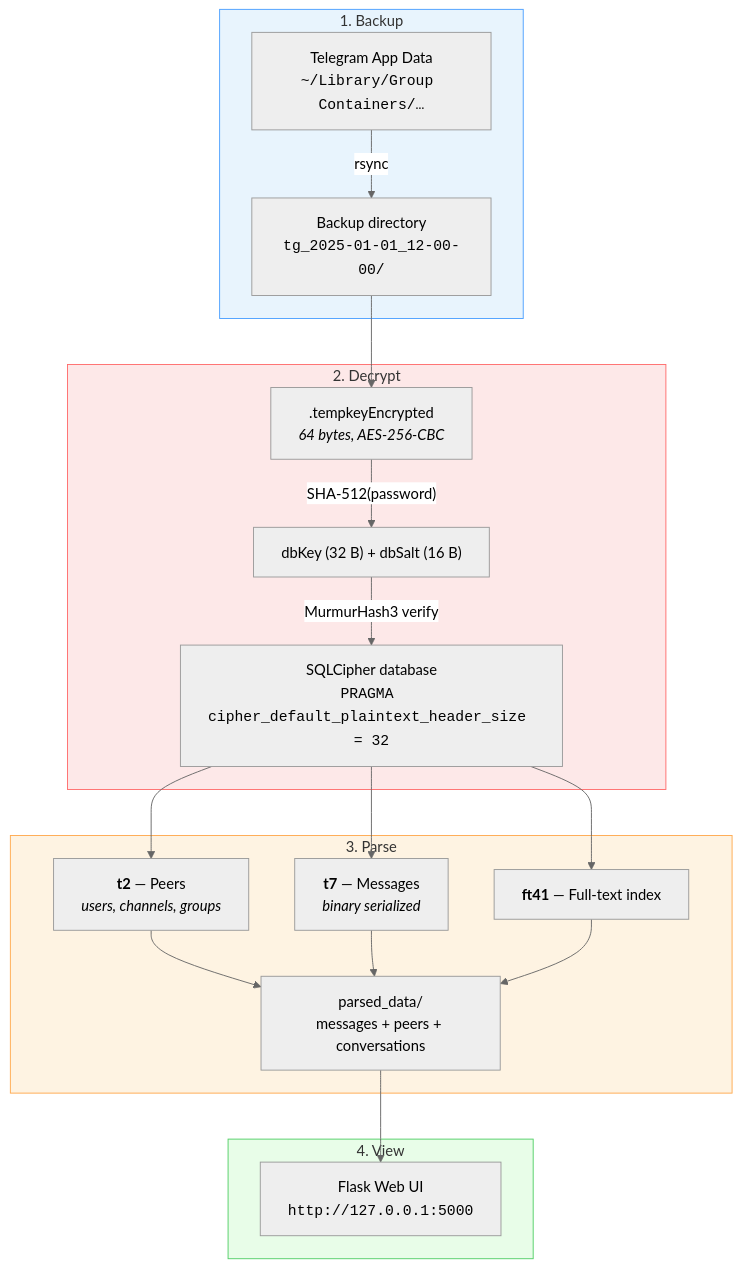
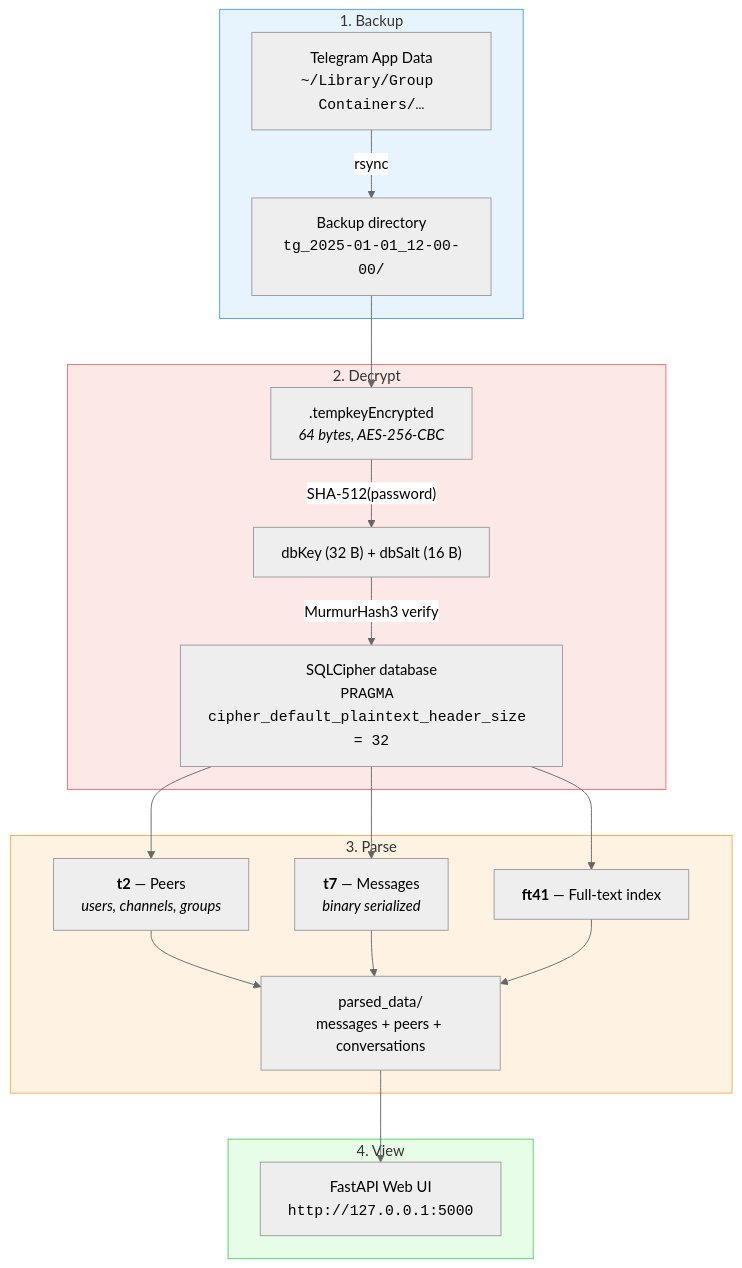
Before and after one commit to kolezka/telegram-data-viewer: the second of 4 diagrams in README.md, drawn with Mermaid (neutral theme). The commit also changed other lines of this file and 6 other files, not shown here.

Commit message:
refactor: remove Flask app and dependencies; FastAPI is the only backend

````diff
--- a/README.md
+++ b/README.md
@@ -215,29 +215,29 @@
 ```mermaid
 flowchart TD
     subgraph backup ["1. Backup"]
         TG["Telegram App Data<br/><code>~/Library/Group Containers/…</code>"]
         TG -->|rsync| BK["Backup directory<br/><code>tg_2025-01-01_12-00-00/</code>"]
     end
 
     subgraph decrypt ["2. Decrypt"]
         BK --> TK[".tempkeyEncrypted<br/><i>64 bytes, AES-256-CBC</i>"]
         TK -->|"SHA-512(password)"| DK["dbKey (32 B) + dbSalt (16 B)"]
         DK -->|"MurmurHash3 verify"| DB["SQLCipher database<br/><code>PRAGMA cipher_default_plaintext_header_size = 32</code>"]
     end
 
     subgraph parse ["3. Parse"]
         DB --> T2["<b>t2</b> — Peers<br/><i>users, channels, groups</i>"]
         DB --> T7["<b>t7</b> — Messages<br/><i>binary serialized</i>"]
         DB --> FT["<b>ft41</b> — Full-text index"]
         T2 & T7 & FT --> OUT["parsed_data/<br/>messages + peers + conversations"]
     end
 
     subgraph view ["4. View"]
-        OUT --> WEB["Flask Web UI<br/><code>http://127.0.0.1:5000</code>"]
+        OUT --> WEB["FastAPI Web UI<br/><code>http://127.0.0.1:5000</code>"]
     end
 
     style backup fill:#e8f4fd,stroke:#4a9eff
     style decrypt fill:#fde8e8,stroke:#ff6b6b
     style parse fill:#fef3e2,stroke:#ffa94d
     style view fill:#e8fde8,stroke:#51cf66
 ```
````
